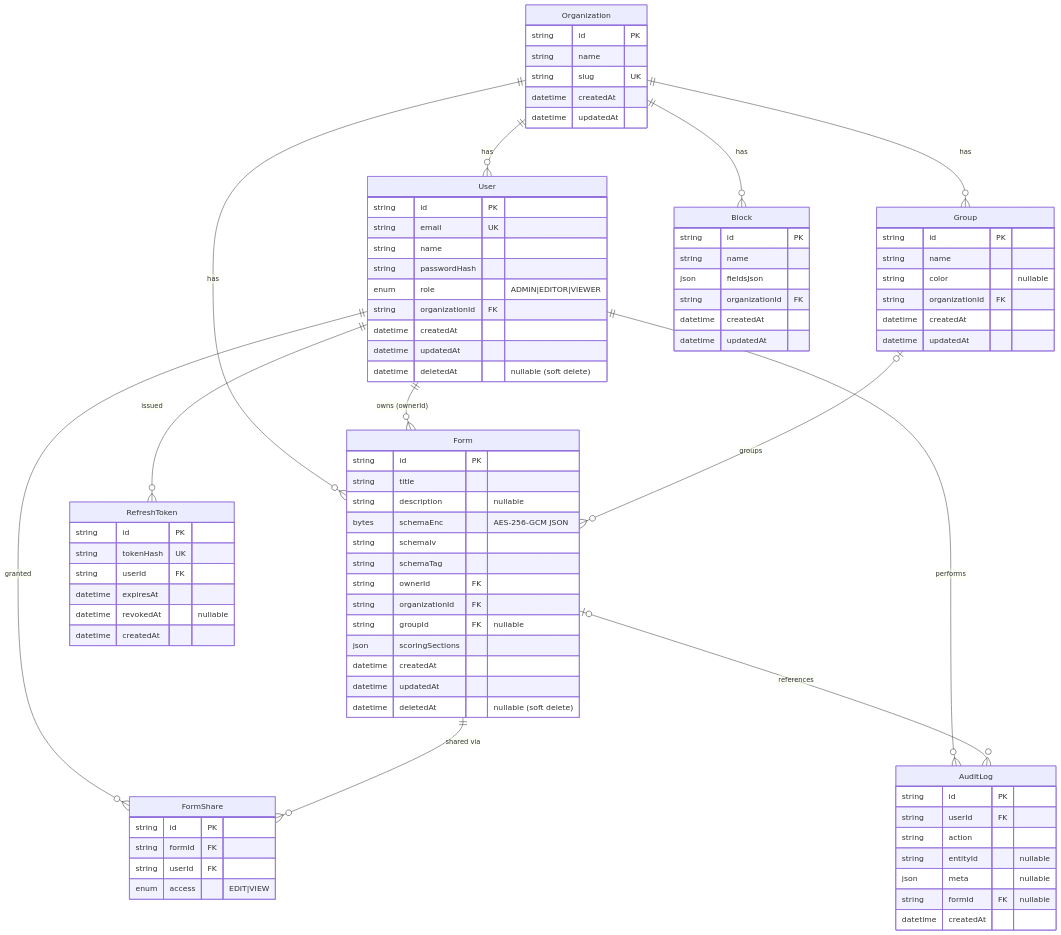
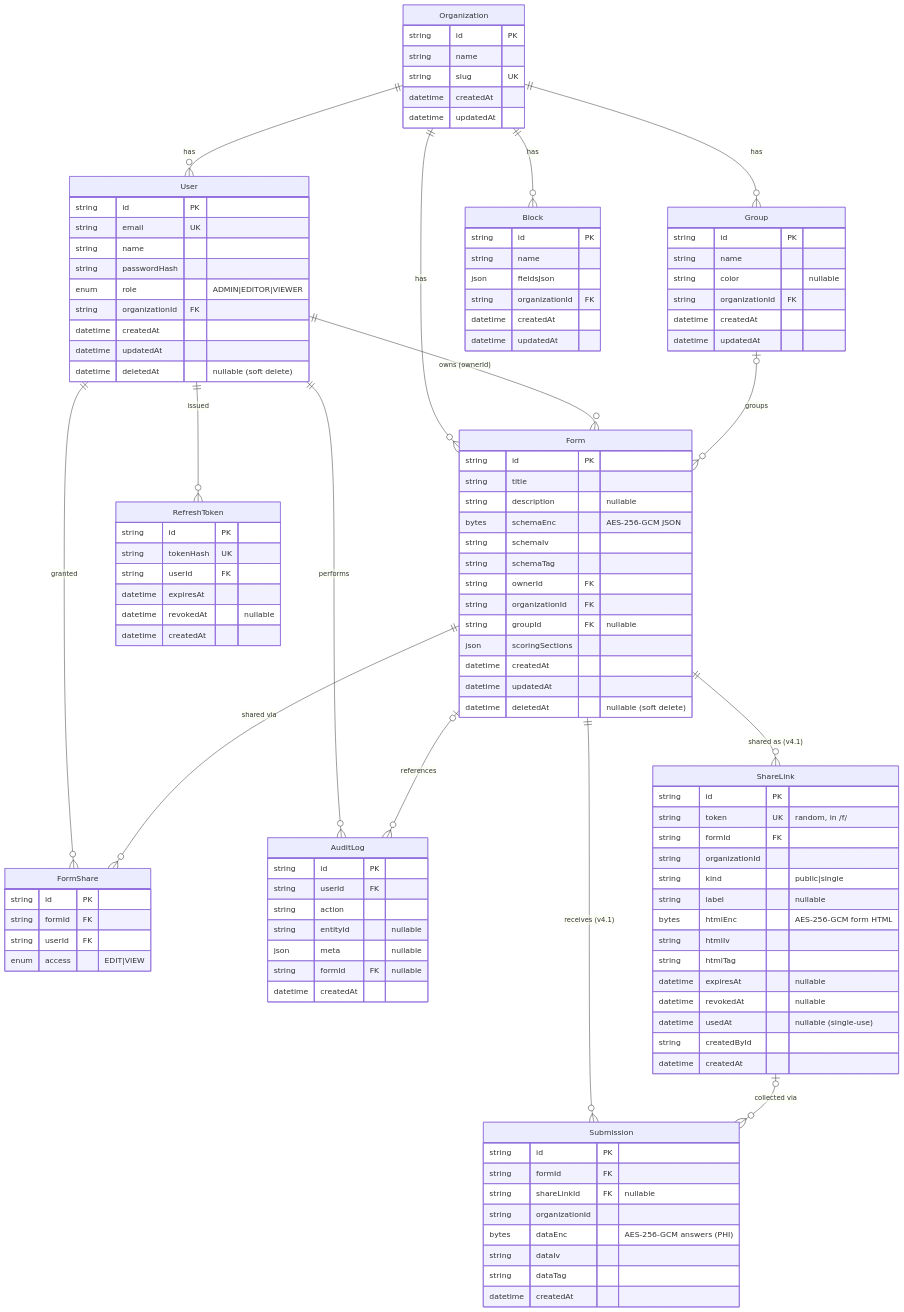
The diagram in README.md (anupammo/credifyfbs), drawn with Mermaid before and after one commit. The commit also changed other lines of this file, not shown here.

Commit message:
readme data model updated

````diff
--- a/README.md
+++ b/README.md
@@ -342,6 +342,9 @@
     Group        |o--o{ Form         : "groups"
     Form         ||--o{ FormShare    : "shared via"
     Form         |o--o{ AuditLog     : "references"
+    Form         ||--o{ ShareLink    : "shared as (v4.1)"
+    Form         ||--o{ Submission   : "receives (v4.1)"
+    ShareLink    |o--o{ Submission   : "collected via"
 
     Organization {
         string   id PK
@@ -415,4 +418,30 @@
         string   formId FK "nullable"
         datetime createdAt
     }
+    ShareLink {
+        string   id PK
+        string   token UK "random, in /f/<token>"
+        string   formId FK
+        string   organizationId
+        string   kind "public|single"
+        string   label "nullable"
+        bytes    htmlEnc "AES-256-GCM form HTML"
+        string   htmlIv
+        string   htmlTag
+        datetime expiresAt "nullable"
+        datetime revokedAt "nullable"
+        datetime usedAt "nullable (single-use)"
+        string   createdById
+        datetime createdAt
+    }
+    Submission {
+        string   id PK
+        string   formId FK
+        string   shareLinkId FK "nullable"
+        string   organizationId
+        bytes    dataEnc "AES-256-GCM answers (PHI)"
+        string   dataIv
+        string   dataTag
+        datetime createdAt
+    }
 ```
````
